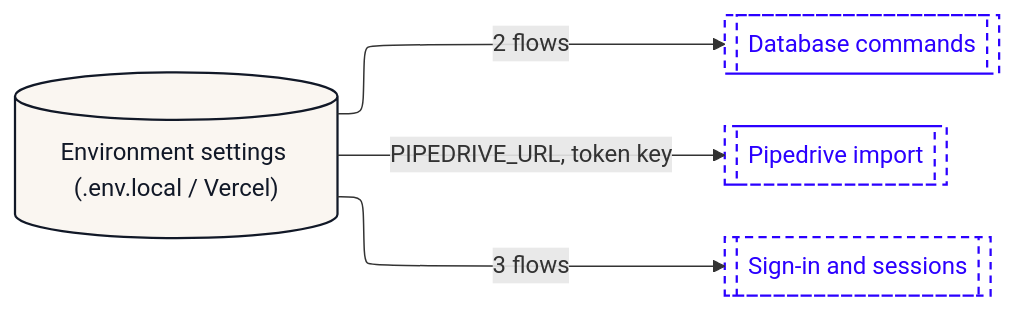
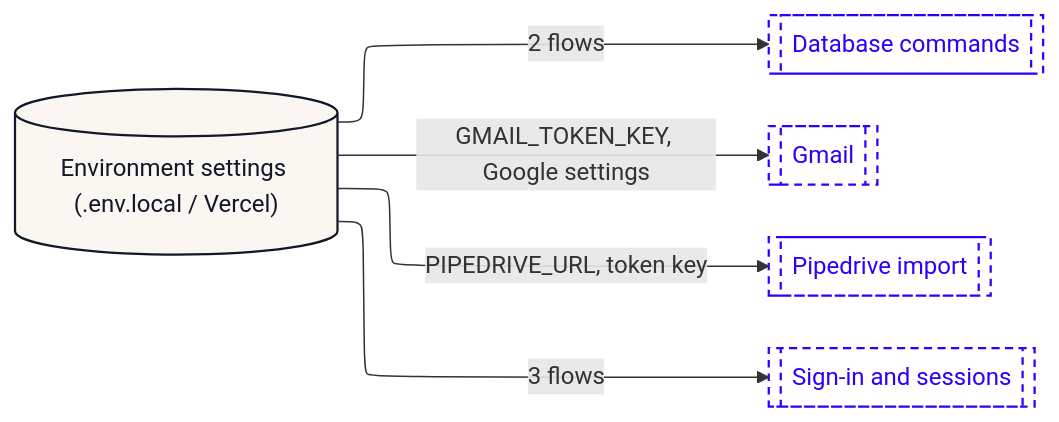
Diagram 11 of 13 in dataflow/DATAFLOW.md (Romain-Perche/Barnacle-Pipe), drawn with Mermaid before and after one commit. The commit also changed other lines of this file and 12 other files, not shown here.

````diff
--- a/dataflow/DATAFLOW.md
+++ b/dataflow/DATAFLOW.md
@@ -631,22 +693,24 @@
 ```mermaid
 ---
 config:
   layout: elk
 ---
 flowchart LR
     n1[("Environment settings (.env.local / Vercel)")]
     n2[["Database commands"]]
-    n3[["Pipedrive import"]]
-    n4[["Sign-in and sessions"]]
-    n1 -->|"3 flows"| n4
+    n3[["Gmail"]]
+    n4[["Pipedrive import"]]
+    n5[["Sign-in and sessions"]]
+    n1 -->|"3 flows"| n5
+    n1 -->|"GMAIL_TOKEN_KEY, Google settings"| n3
     n1 -->|"2 flows"| n2
-    n1 -->|"PIPEDRIVE_URL, token key"| n3
+    n1 -->|"PIPEDRIVE_URL, token key"| n4
     classDef actor fill:#FFFFFF,stroke:#111827,stroke-width:1px,color:#111827
     classDef process fill:#EDEAFF,stroke:#2B00FF,stroke-width:1.5px,color:#111827
     classDef store fill:#FAF6F1,stroke:#111827,stroke-width:1.5px,color:#111827
     classDef zone fill:#1A1A1A,stroke:#1A1A1A,color:#FFFFFF
     classDef group fill:#2B00FF,stroke:#2B00FF,color:#FFFFFF
     classDef stub fill:#FFFFFF,stroke:#2B00FF,stroke-width:1.5px,stroke-dasharray:5 4,color:#2B00FF
     class n1 store
-    class n2,n3,n4 stub
+    class n2,n3,n4,n5 stub
 ```
````
